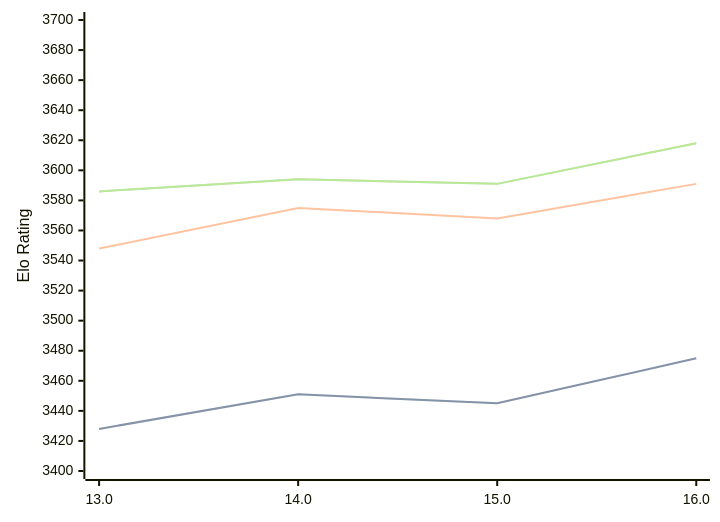
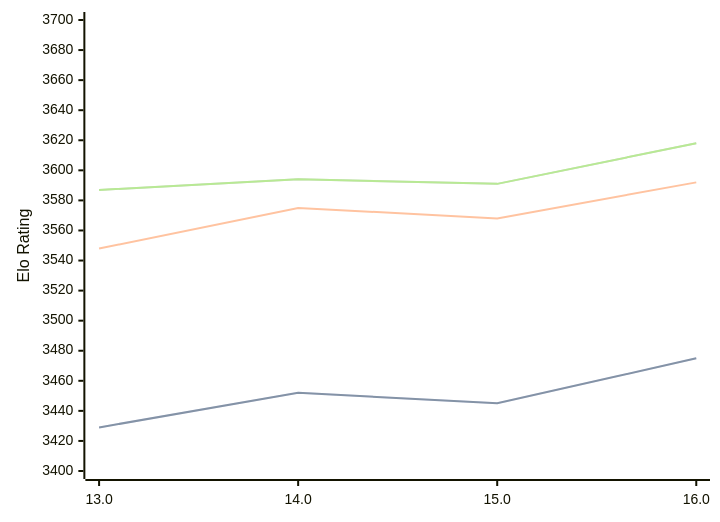
One commit to computer-chess-index/cci changed the diagram in engines/Obsidian.md. Above: the diagram before and after it, drawn with Mermaid. The commit also changed other lines of this file, not shown here.

Commit message:
Update CCI Ratings (ELO VLTC) - 2026-03-14

````diff
--- a/engines/Obsidian.md
+++ b/engines/Obsidian.md
@@ -41,11 +41,11 @@
 ```mermaid
 %%{init: {"theme":"base","themeVariables":{"seriesColors:['#a3a3a3','#222221','#faa371']}}}%%
 xychart-beta
   x-axis ["13.0", "14.0", "15.0", "16.0"]
   y-axis "Elo Rating" 3400 --> 3700
-  line "STC (8.0+0.08s)" [3428, 3451, 3445, 3475]
-  line "STC (8.0+0.08s)" [3428, 3451, 3445, 3475]
-  line "LTC (60.0+0.60s)" [3548, 3575, 3568, 3591]
-  line "VLTC (2m24s+1.12s)" [3586, 3594, 3591, 3618]
-  line "VLTC (2m24s+1.12s)" [3586, 3594, 3591, 3618]
+  line "STC (8.0+0.08s)" [3429, 3452, 3445, 3475]
+  line "STC (8.0+0.08s)" [3429, 3452, 3445, 3475]
+  line "LTC (60.0+0.60s)" [3548, 3575, 3568, 3592]
+  line "VLTC (2m24s+1.12s)" [3587, 3594, 3591, 3618]
+  line "VLTC (2m24s+1.12s)" [3587, 3594, 3591, 3618]
 ```
````
